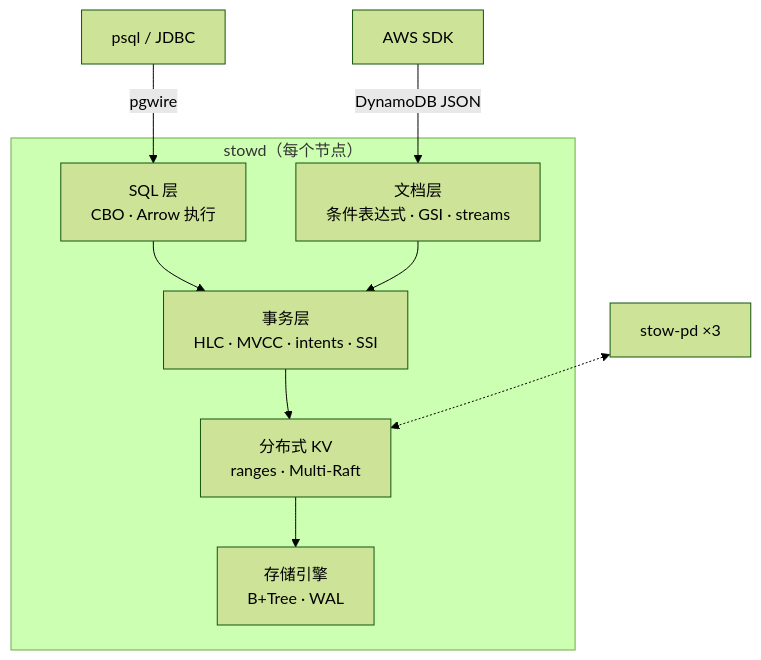
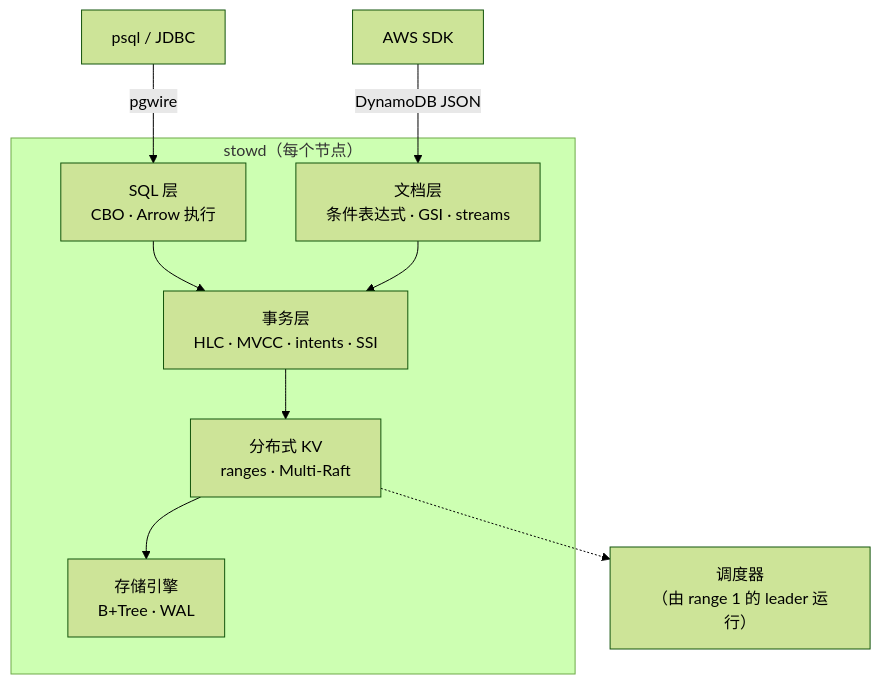
One commit to FufanLu/Stowage changed the diagram in README.zh.md. Above: the diagram before and after it, drawn with Mermaid (forest theme). The commit also changed other lines of this file and 41 other files, not shown here.

````diff
--- a/README.zh.md
+++ b/README.zh.md
@@ -22,16 +22,16 @@
 ```mermaid
 flowchart TB
   pg["psql / JDBC"] -->|pgwire| sql
   ddb["AWS SDK"] -->|DynamoDB JSON| doc
   subgraph stowd["stowd（每个节点）"]
     sql["SQL 层<br/>CBO · Arrow 执行"]
     doc["文档层<br/>条件表达式 · GSI · streams"]
     txn["事务层<br/>HLC · MVCC · intents · SSI"]
     kv["分布式 KV<br/>ranges · Multi-Raft"]
     se["存储引擎<br/>B+Tree · WAL"]
     sql --> txn
     doc --> txn
     txn --> kv --> se
   end
-  pd["stow-pd ×3"] <-.-> kv
+  kv -.-> sched["调度器<br/>（由 range 1 的 leader 运行）"]
 ```
````
